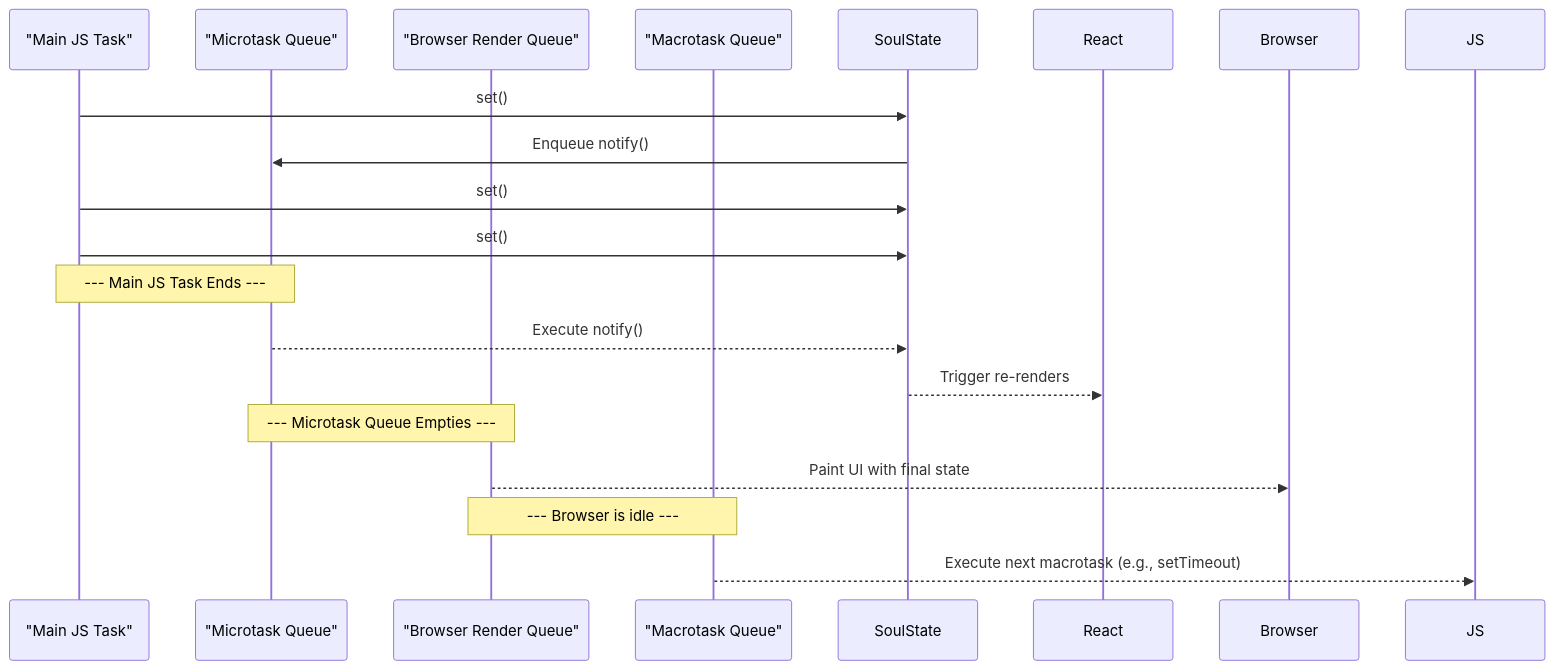
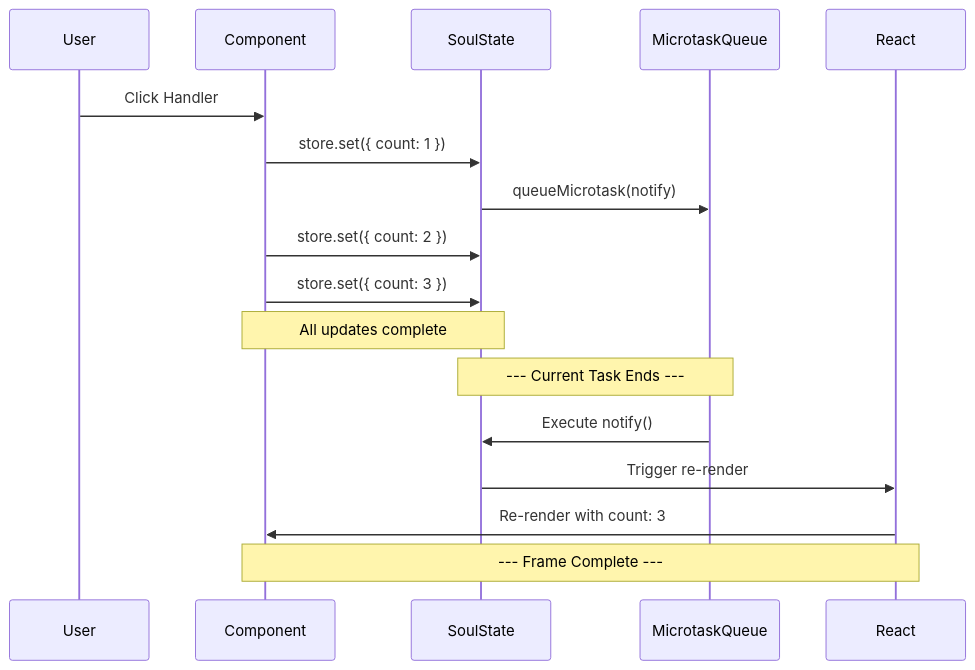
Before and after one commit to kasihagustinusT/soulstate: the diagram in documentation/docs/advanced/microtasks.mdx, drawn with Mermaid. The commit also changed other lines of this file and 24 other files, not shown here.

````diff
--- a/documentation/docs/advanced/microtasks.mdx
+++ b/documentation/docs/advanced/microtasks.mdx
@@ -66,25 +118,23 @@
 ```mermaid
 sequenceDiagram
-    participant Main as "Main JS Task"
-    participant MicroQ as "Microtask Queue"
-    participant RenderQ as "Browser Render Queue"
-    participant MacroQ as "Macrotask Queue"
+    participant User
+    participant Component
+    participant SoulState
+    participant MicrotaskQueue
+    participant React
 
-    Main->>SoulState: set() #1
-    SoulState->>MicroQ: Enqueue notify()
-    Main->>SoulState: set() #2
-    Main->>SoulState: set() #3
+    User->>Component: Click Handler
+    Component->>SoulState: store.set({ count: 1 })
+    SoulState->>MicrotaskQueue: queueMicrotask(notify)
+    Component->>SoulState: store.set({ count: 2 })
+    Component->>SoulState: store.set({ count: 3 })
+    Note over Component, SoulState: All updates complete
     
-    Note over Main, MicroQ: --- Main JS Task Ends ---
-
-    MicroQ-->>SoulState: Execute notify()
-    SoulState-->>React: Trigger re-renders
+    Note over SoulState, MicrotaskQueue: --- Current Task Ends ---
     
-    Note over MicroQ, RenderQ: --- Microtask Queue Empties ---
-
-    RenderQ-->>Browser: Paint UI with final state
+    MicrotaskQueue->>SoulState: Execute notify()
+    SoulState->>React: Trigger re-render
+    React->>Component: Re-render with count: 3
     
-    Note over RenderQ, MacroQ: --- Browser is idle ---
-
-    MacroQ-->>JS: Execute next macrotask (e.g., setTimeout)
+    Note over React, Component: --- Frame Complete ---
 ```
````
